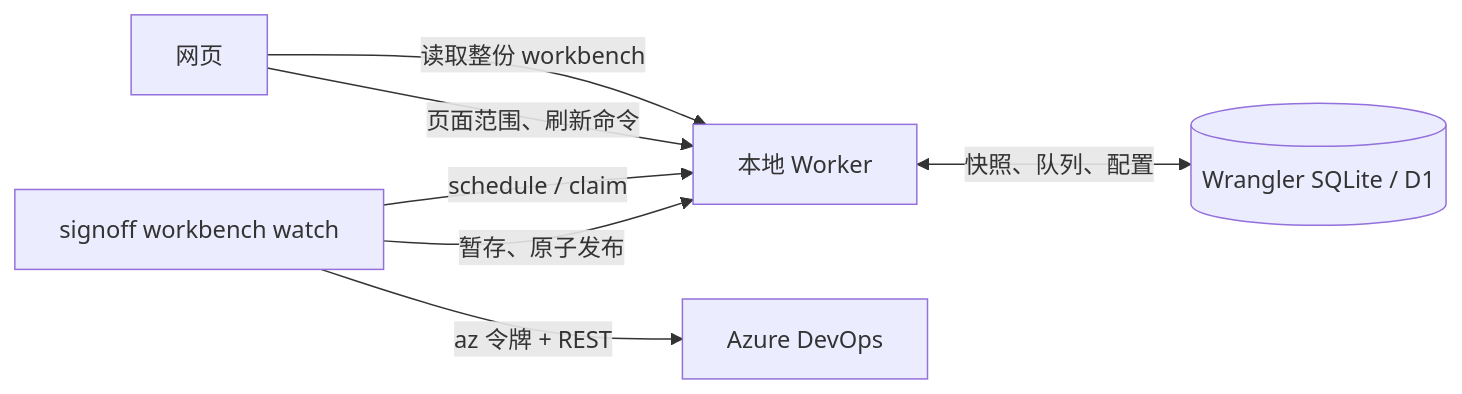
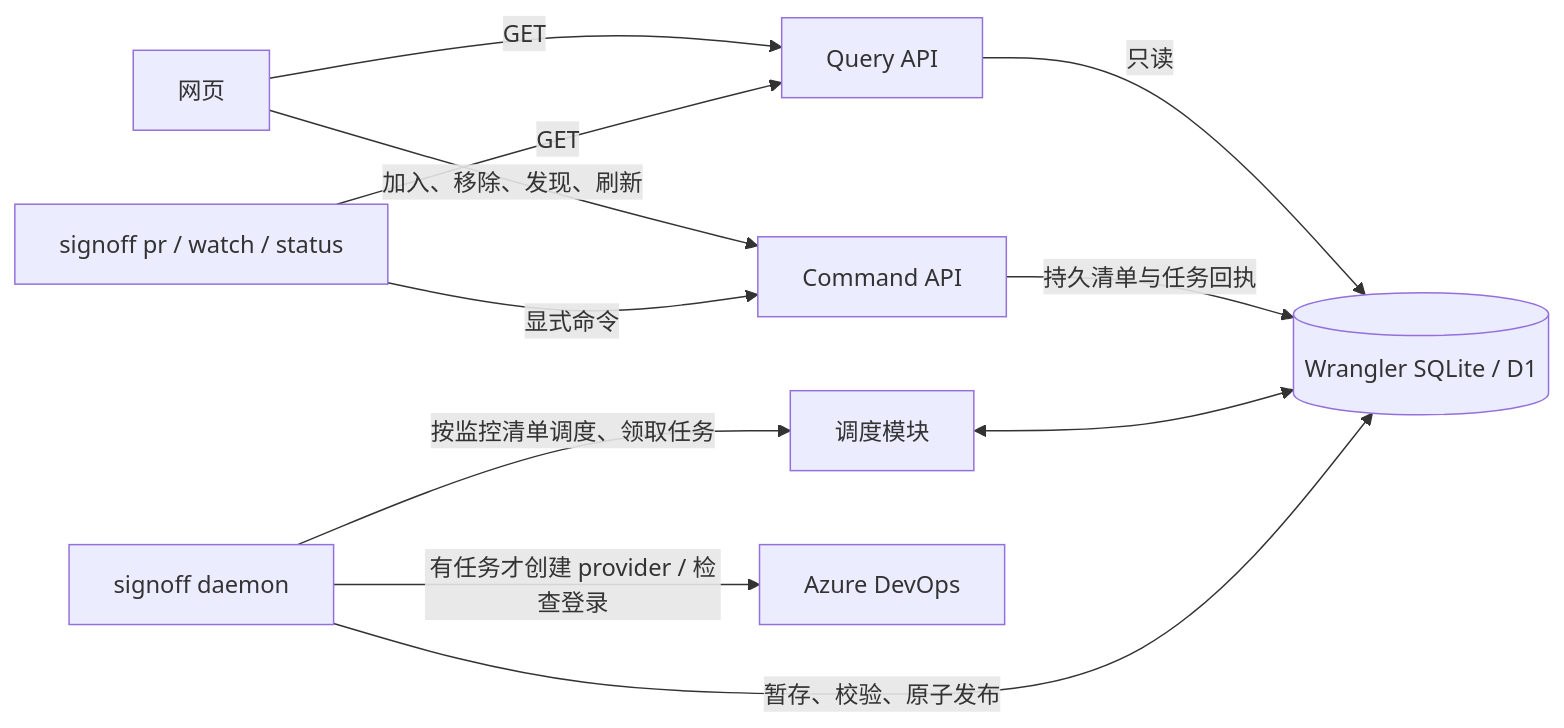
The diagram in docs/14-collector-architecture.md (nocoo/signoff.now), drawn with Mermaid before and after one commit. The commit also changed other lines of this file and 11 other files, not shown here.

Commit message:
docs: describe watch scheduling and cache query contracts

````diff
--- a/docs/14-collector-architecture.md
+++ b/docs/14-collector-architecture.md
@@ -16,9 +9,13 @@
 ```mermaid
 flowchart LR
-    Web[网页] -->|读取整份 workbench| Worker[本地 Worker]
-    Web -->|页面范围、刷新命令| Worker
-    Worker <-->|快照、队列、配置| DB[(Wrangler SQLite / D1)]
-    CLI[signoff workbench watch] -->|schedule / claim| Worker
-    CLI -->|az 令牌 + REST| ADO[Azure DevOps]
-    CLI -->|暂存、原子发布| Worker
+    Web[网页] -->|GET| Query[Query API]
+    CLI[signoff pr / watch / status] -->|GET| Query
+    Query -->|只读| DB[(Wrangler SQLite / D1)]
+    Web -->|加入、移除、发现、刷新| Commands[Command API]
+    CLI -->|显式命令| Commands
+    Commands -->|持久清单与任务回执| DB
+    Daemon[signoff daemon] -->|按监控清单调度、领取任务| Scheduler[调度模块]
+    Scheduler <--> DB
+    Daemon -->|有任务才创建 provider / 检查登录| ADO[Azure DevOps]
+    Daemon -->|暂存、校验、原子发布| DB
 ```
````
